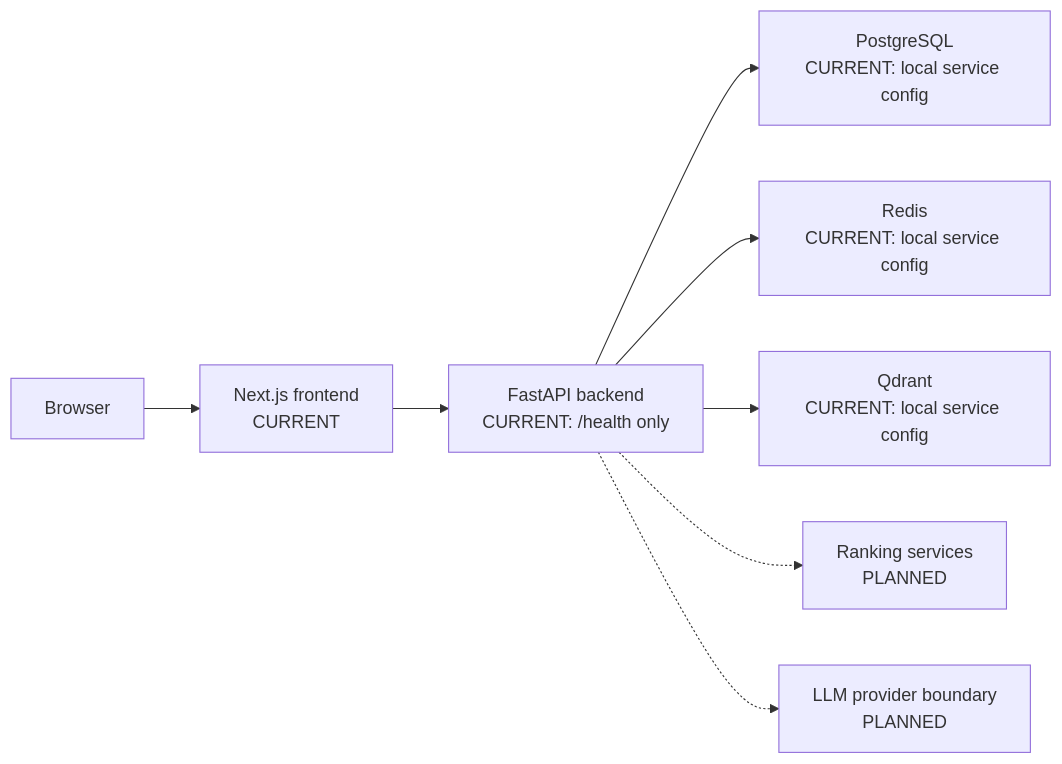
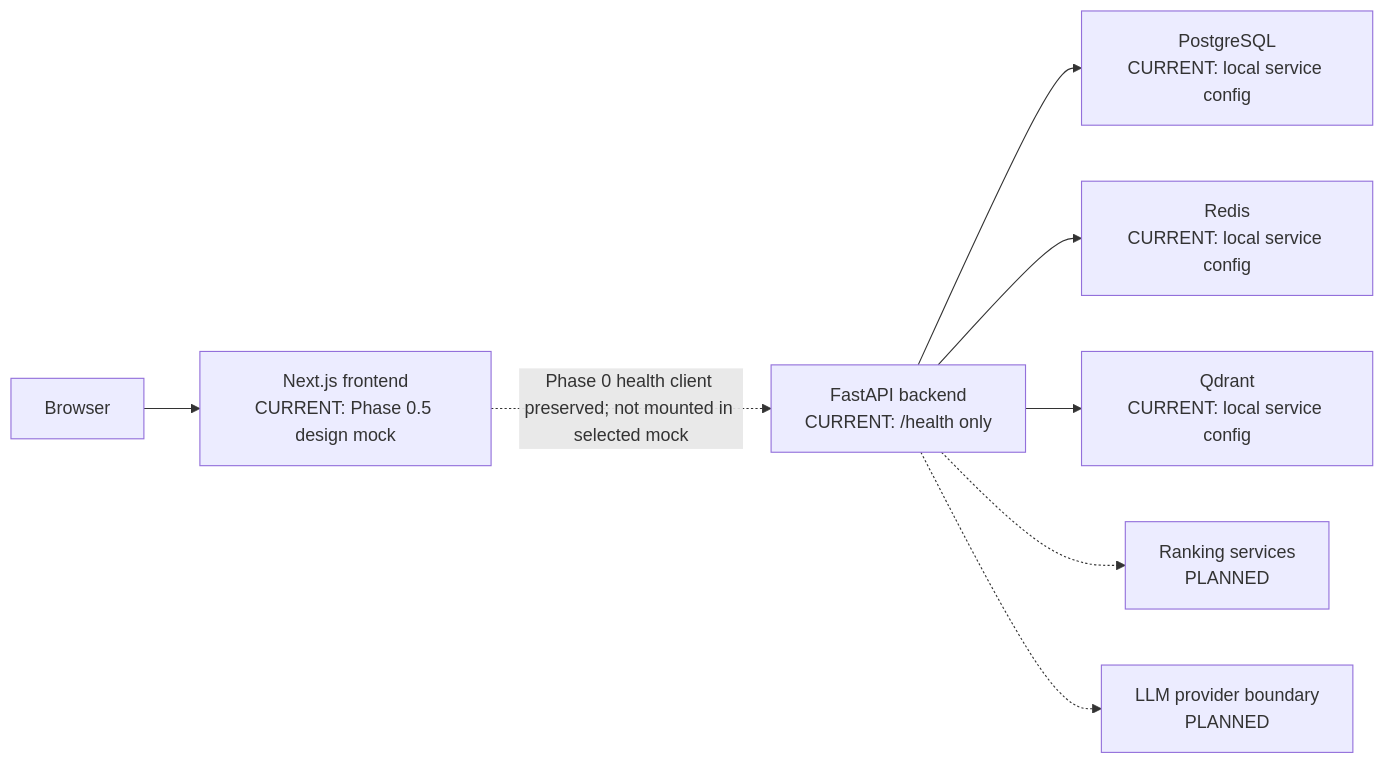
Before and after one commit to rM0on/peoplematch-agent: the second of 2 diagrams in README.md, drawn with Mermaid. The commit also changed other lines of this file and 26 other files, not shown here.

````diff
--- a/README.md
+++ b/README.md
@@ -59,10 +59,10 @@
 ```mermaid
 flowchart LR
-    Browser["Browser"] --> Web["Next.js frontend\nCURRENT"]
-    Web --> API["FastAPI backend\nCURRENT: /health only"]
+    Browser["Browser"] --> Web["Next.js frontend\nCURRENT: Phase 0.5 design mock"]
+    Web -. "Phase 0 health client preserved; not mounted in selected mock" .-> API["FastAPI backend\nCURRENT: /health only"]
     API --> PG["PostgreSQL\nCURRENT: local service config"]
     API --> Redis["Redis\nCURRENT: local service config"]
     API --> Qdrant["Qdrant\nCURRENT: local service config"]
     API -.-> Matching["Ranking services\nPLANNED"]
     API -.-> AI["LLM provider boundary\nPLANNED"]
 ```
````
